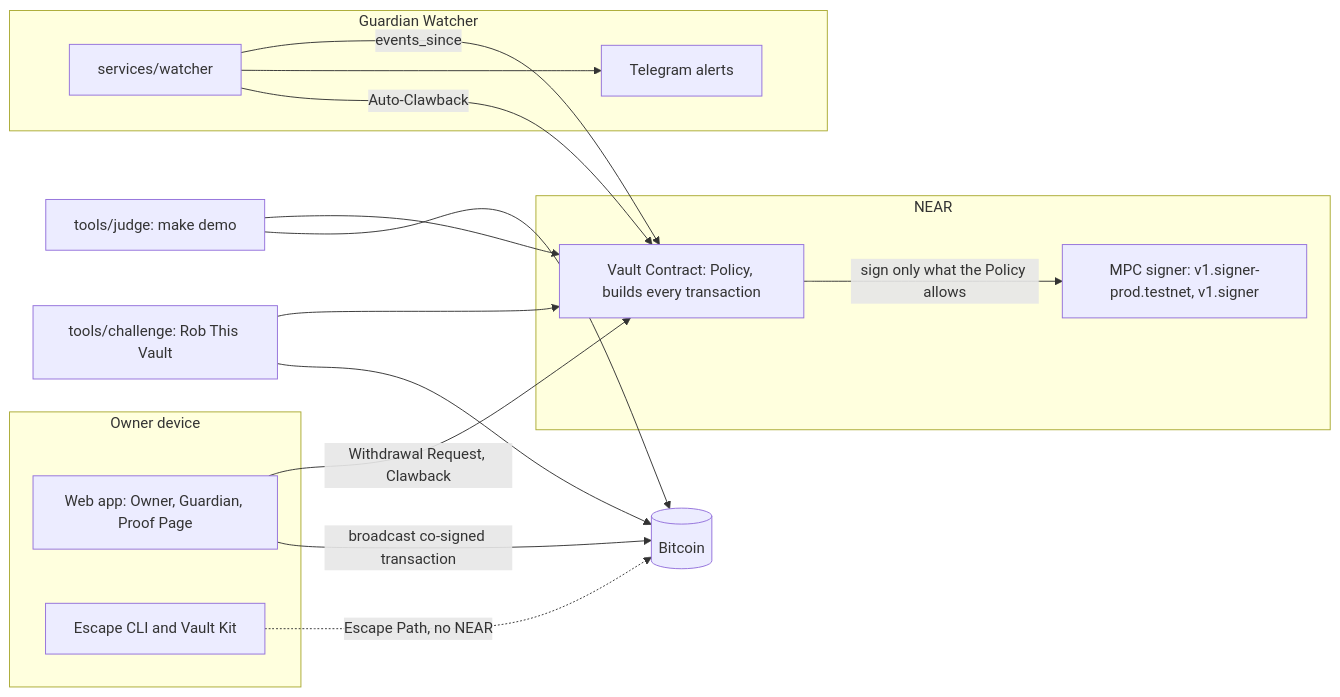
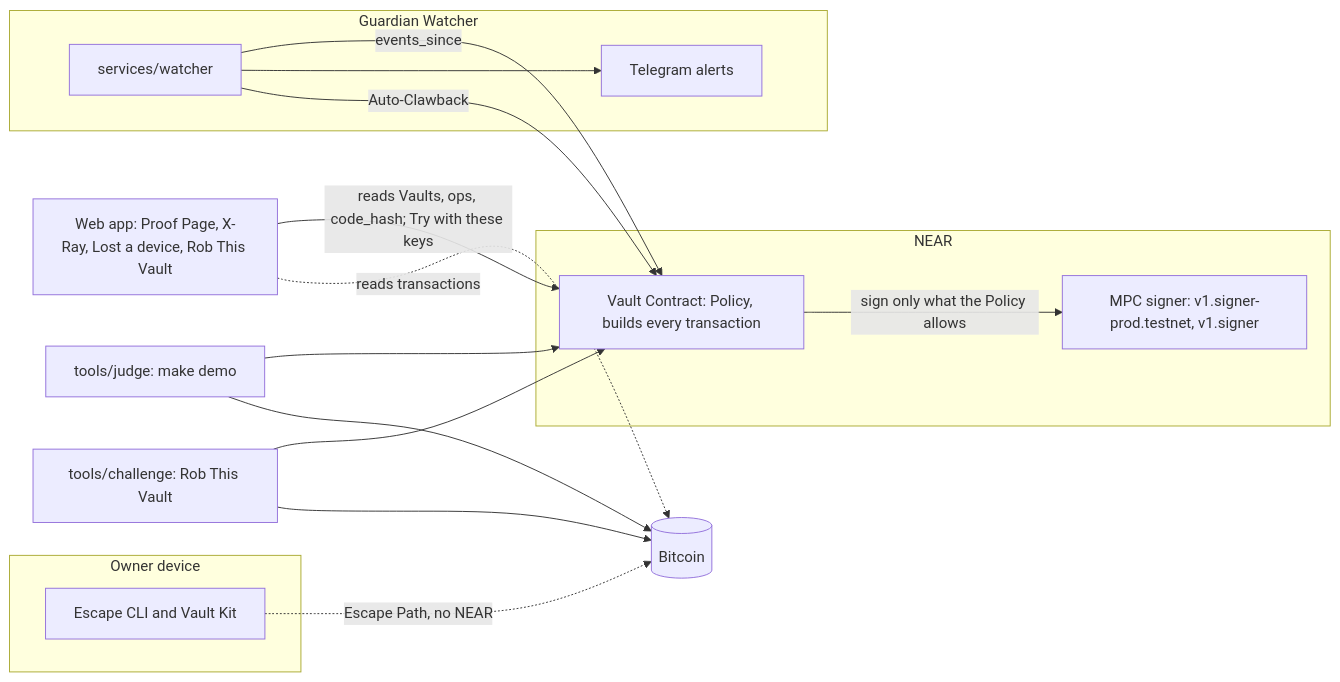
Before and after one commit to CemAyyildiz/morrow: the diagram in README.md, drawn with Mermaid. The commit also changed other lines of this file, not shown here.

````diff
--- a/README.md
+++ b/README.md
@@ -91,30 +143,30 @@
 ```mermaid
 flowchart LR
   subgraph device["Owner device"]
-    web["Web app: Owner, Guardian, Proof Page"]
     escape["Escape CLI and Vault Kit"]
   end
+  web["Web app: Proof Page, X-Ray, Lost a device, Rob This Vault"]
   subgraph near["NEAR"]
     vault["Vault Contract: Policy, builds every transaction"]
     mpc["MPC signer: v1.signer-prod.testnet, v1.signer"]
   end
   subgraph watch["Guardian Watcher"]
     watcher["services/watcher"]
     tg["Telegram alerts"]
   end
   btc[("Bitcoin")]
   judge["tools/judge: make demo"]
   challenge["tools/challenge: Rob This Vault"]
 
-  web -->|"Withdrawal Request, Clawback"| vault
+  web -->|"reads Vaults, ops, code_hash; Try with these keys"| vault
   vault -->|"sign only what the Policy allows"| mpc
-  web -->|"broadcast co-signed transaction"| btc
+  web -.->|"reads transactions"| btc
   watcher -->|"events_since"| vault
   watcher --> tg
   watcher -->|"Auto-Clawback"| vault
   escape -.->|"Escape Path, no NEAR"| btc
   judge --> vault
   judge --> btc
   challenge --> vault
   challenge --> btc
 ```
````
